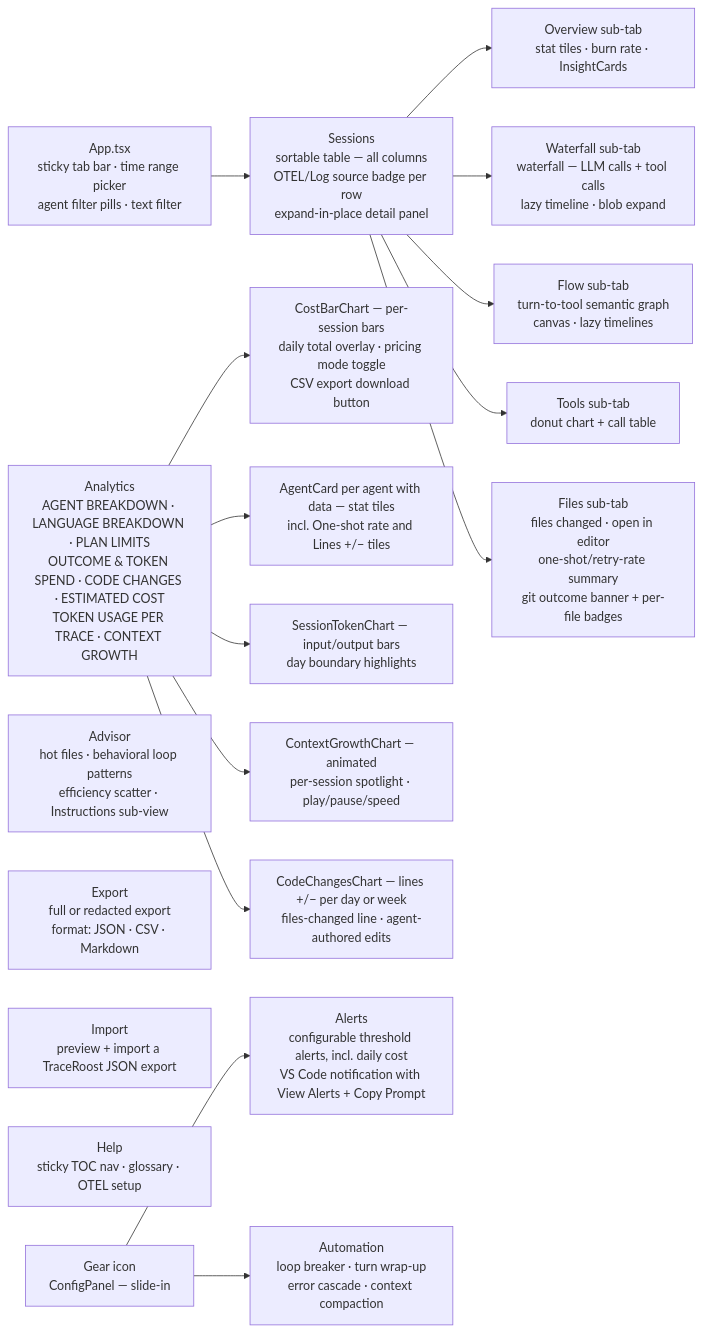
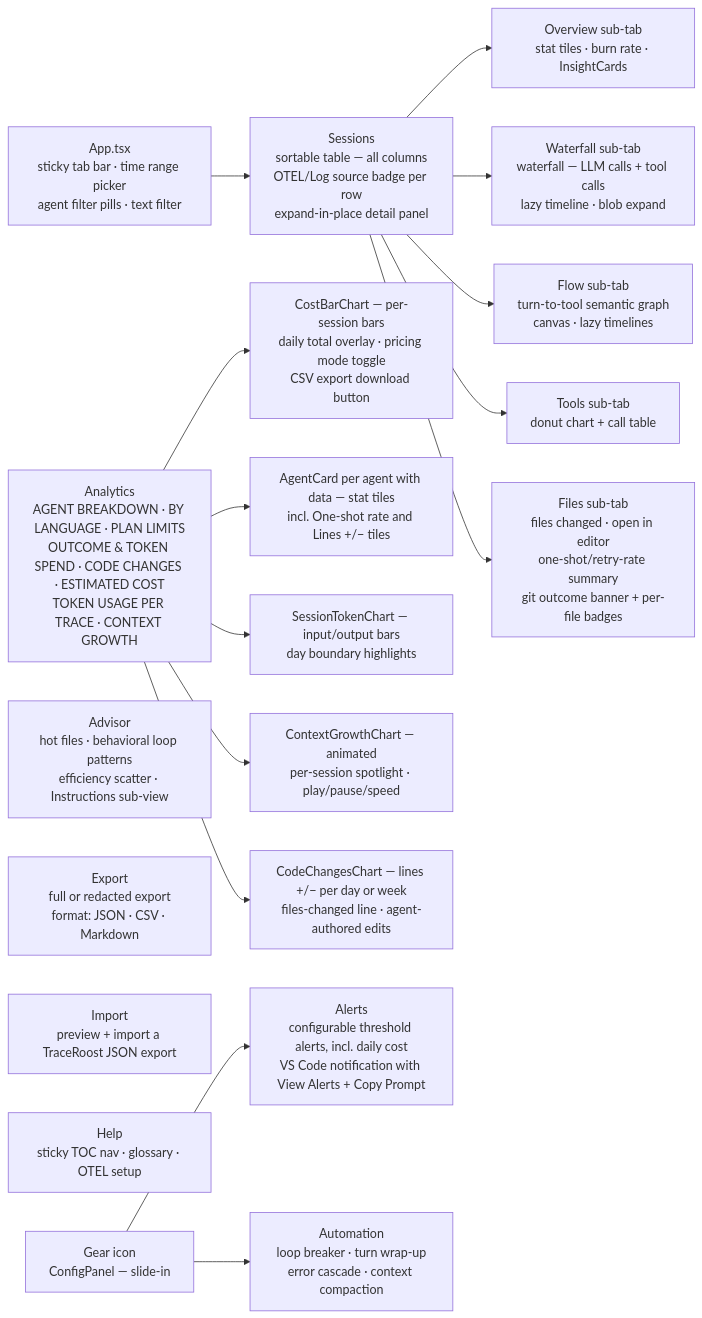
One commit to traceroost/core changed diagram 14 of 20 in ARCHITECTURE.md. Above: the diagram before and after it, drawn with Mermaid. The commit also changed other lines of this file and 6 other files, not shown here.

First line of the commit message:
Analytics: "By language" in TraceRoost Cloud's format

````diff
--- a/ARCHITECTURE.md
+++ b/ARCHITECTURE.md
@@ -830,26 +830,26 @@
 ```mermaid
 graph LR
     APP[App.tsx<br/>sticky tab bar · time range picker<br/>agent filter pills · text filter] --> T1
 
     T1[Sessions<br/>sortable table — all columns<br/>OTEL/Log source badge per row<br/>expand-in-place detail panel]
     T1 --> D1[Overview sub-tab<br/>stat tiles · burn rate · InsightCards]
     T1 --> D2[Waterfall sub-tab<br/>waterfall — LLM calls + tool calls<br/>lazy timeline · blob expand]
     T1 --> D3[Flow sub-tab<br/>turn-to-tool semantic graph<br/>canvas · lazy timelines]
     T1 --> D4[Tools sub-tab<br/>donut chart + call table]
     T1 --> D5[Files sub-tab<br/>files changed · open in editor<br/>one-shot/retry-rate summary<br/>git outcome banner + per-file badges]
 
-    T2[Analytics<br/>AGENT BREAKDOWN · LANGUAGE BREAKDOWN · PLAN LIMITS<br/>OUTCOME & TOKEN SPEND · CODE CHANGES · ESTIMATED COST<br/>TOKEN USAGE PER TRACE · CONTEXT GROWTH]
+    T2[Analytics<br/>AGENT BREAKDOWN · BY LANGUAGE · PLAN LIMITS<br/>OUTCOME & TOKEN SPEND · CODE CHANGES · ESTIMATED COST<br/>TOKEN USAGE PER TRACE · CONTEXT GROWTH]
     T2 --> A1[CostBarChart — per-session bars<br/>daily total overlay · pricing mode toggle<br/>CSV export download button]
     T2 --> A2[AgentCard per agent with data — stat tiles<br/>incl. One-shot rate and Lines +/− tiles]
     T2 --> A3[SessionTokenChart — input/output bars<br/>day boundary highlights]
     T2 --> A4[ContextGrowthChart — animated<br/>per-session spotlight · play/pause/speed]
     T2 --> A5[CodeChangesChart — lines +/− per day or week<br/>files-changed line · agent-authored edits]
 
     T3[Advisor<br/>hot files · behavioral loop patterns<br/>efficiency scatter · Instructions sub-view]
     T4[Export<br/>full or redacted export<br/>format: JSON · CSV · Markdown]
     T5[Import<br/>preview + import a TraceRoost JSON export]
     T6[Help<br/>sticky TOC nav · glossary · OTEL setup]
 
     GEAR[Gear icon<br/>ConfigPanel — slide-in] --> S1[Alerts<br/>configurable threshold alerts, incl. daily cost<br/>VS Code notification with View Alerts + Copy Prompt]
     GEAR --> S2[Automation<br/>loop breaker · turn wrap-up<br/>error cascade · context compaction]
 ```
````
